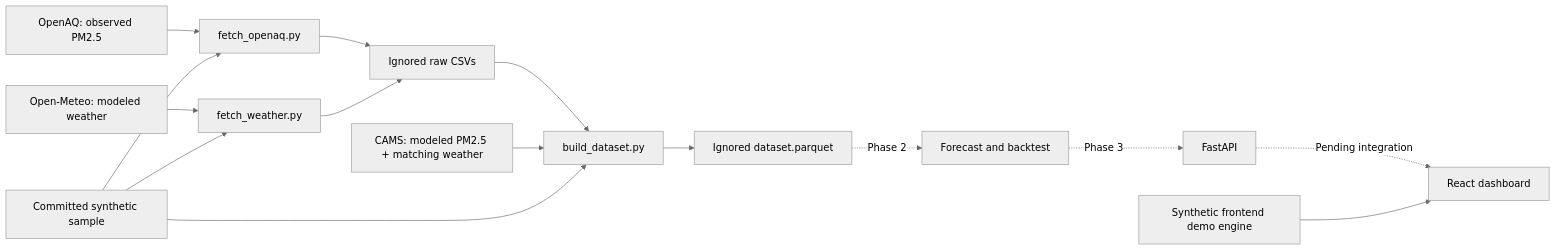
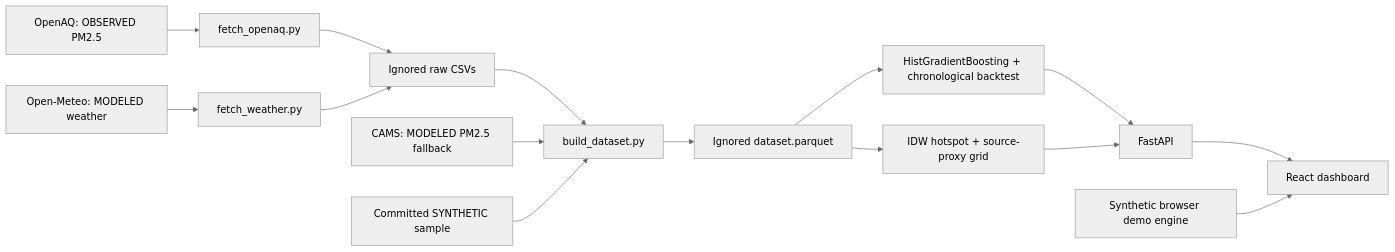
Before and after one commit to RajvardhanPatil07/AirTwin: the first of 2 diagrams in docs/architecture.md, drawn with Mermaid (neutral theme). The commit also changed other lines of this file and 24 other files, not shown here.

````diff
--- a/docs/architecture.md
+++ b/docs/architecture.md
@@ -3,17 +3,17 @@
 ```mermaid
 flowchart LR
-    AQ[OpenAQ: observed PM2.5] --> FA[fetch_openaq.py]
-    W[Open-Meteo: modeled weather] --> FW[fetch_weather.py]
+    AQ[OpenAQ: OBSERVED PM2.5] --> FA[fetch_openaq.py]
+    W[Open-Meteo: MODELED weather] --> FW[fetch_weather.py]
     FA --> RAW[Ignored raw CSVs]
     FW --> RAW
     RAW --> B[build_dataset.py]
-    C[CAMS: modeled PM2.5 + matching weather] --> B
-    S[Committed synthetic sample] --> FA
-    S --> FW
-    S --> B
+    C[CAMS: MODELED PM2.5 fallback] --> B
+    S[Committed SYNTHETIC sample] --> B
     B --> P[Ignored dataset.parquet]
-    P -. Phase 2 .-> M[Forecast and backtest]
-    M -. Phase 3 .-> API[FastAPI]
-    API -. Pending integration .-> UI[React dashboard]
-    DEMO[Synthetic frontend demo engine] --> UI
+    P --> M[HistGradientBoosting + chronological backtest]
+    P --> G[IDW hotspot + source-proxy grid]
+    M --> API[FastAPI]
+    G --> API
+    API --> UI[React dashboard]
+    DEMO[Synthetic browser demo engine] --> UI
 ```
````
